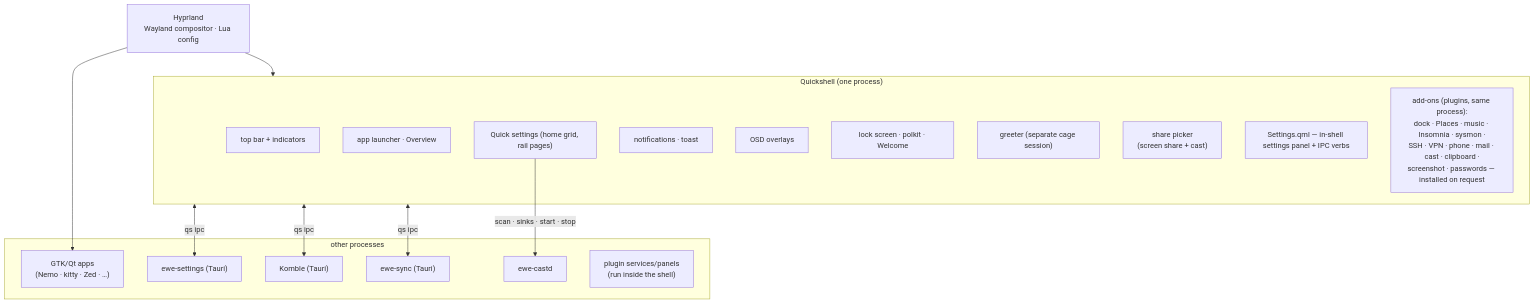
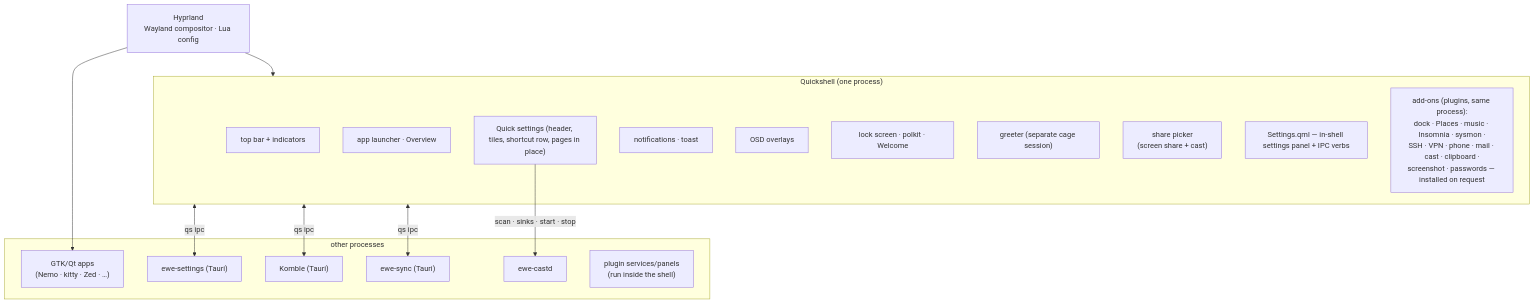
The diagram in 02-Architecture/Desktop Shell.md (prj786/ewe-map), drawn with Mermaid before and after one commit. The commit also changed other lines of this file and 15 other files, not shown here.

````diff
--- a/02-Architecture/Desktop Shell.md
+++ b/02-Architecture/Desktop Shell.md
@@ -15,32 +15,32 @@
 ```mermaid
 flowchart TB
     HYP["Hyprland<br/>Wayland compositor · Lua config"] --> QS["Quickshell — the QML shell"]
 
     subgraph QS["Quickshell (one process)"]
         BAR["top bar + indicators"]
         LAUNCH["app launcher · Overview"]
-        CC["Quick settings (home grid, rail pages)"]
+        CC["Quick settings (header, tiles, shortcut row, pages in place)"]
         NOTIF["notifications · toast"]
         OSD["OSD overlays"]
         LOCK["lock screen · polkit · Welcome"]
         GREET["greeter (separate cage session)"]
         PICK["share picker<br/>(screen share + cast)"]
         SETT["Settings.qml — in-shell settings panel + IPC verbs"]
         ADDONS["add-ons (plugins, same process):<br/>dock · Places · music · Insomnia · sysmon ·<br/>SSH · VPN · phone · mail · cast · clipboard ·<br/>screenshot · passwords — installed on request"]
     end
 
     subgraph outside["other processes"]
         APPS["GTK/Qt apps<br/>(Nemo · kitty · Zed · …)"]
         T1["ewe-settings (Tauri)"]
         T2["Komble (Tauri)"]
         T3["ewe-sync (Tauri)"]
         CD["ewe-castd"]
         PLUG["plugin services/panels<br/>(run inside the shell)"]
     end
 
     QS <-->|"qs ipc"| T1
     QS <-->|"qs ipc"| T2
     QS <-->|"qs ipc"| T3
     CC -->|"scan · sinks · start · stop"| CD
     HYP --> APPS
 ```
````
